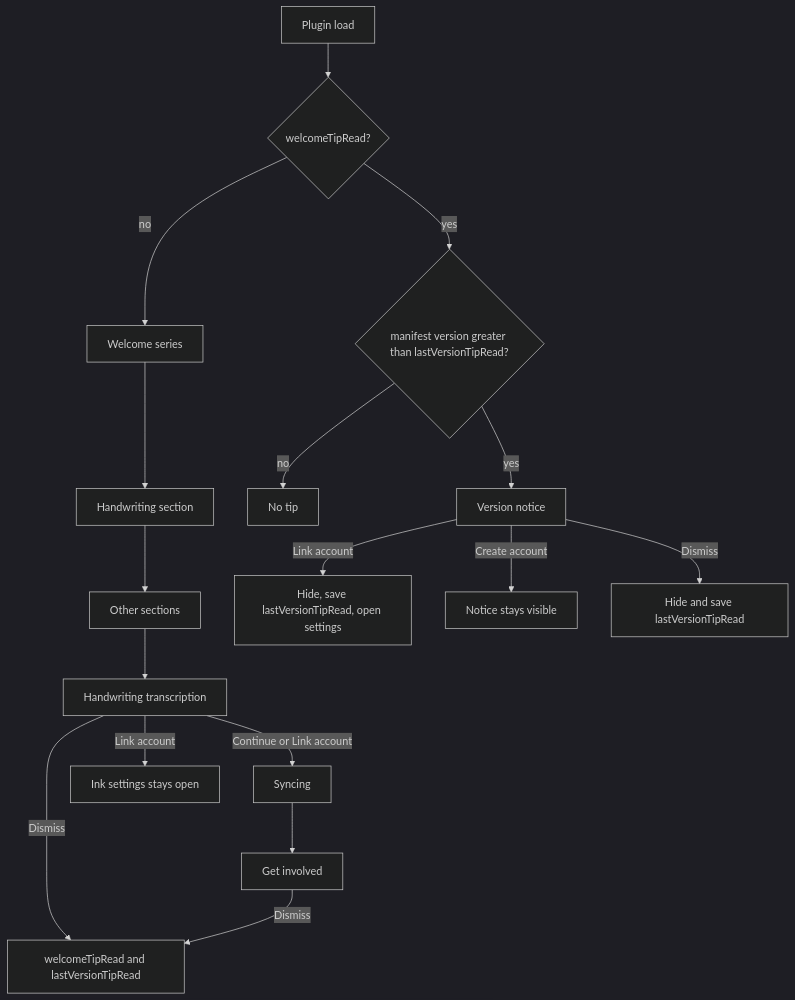
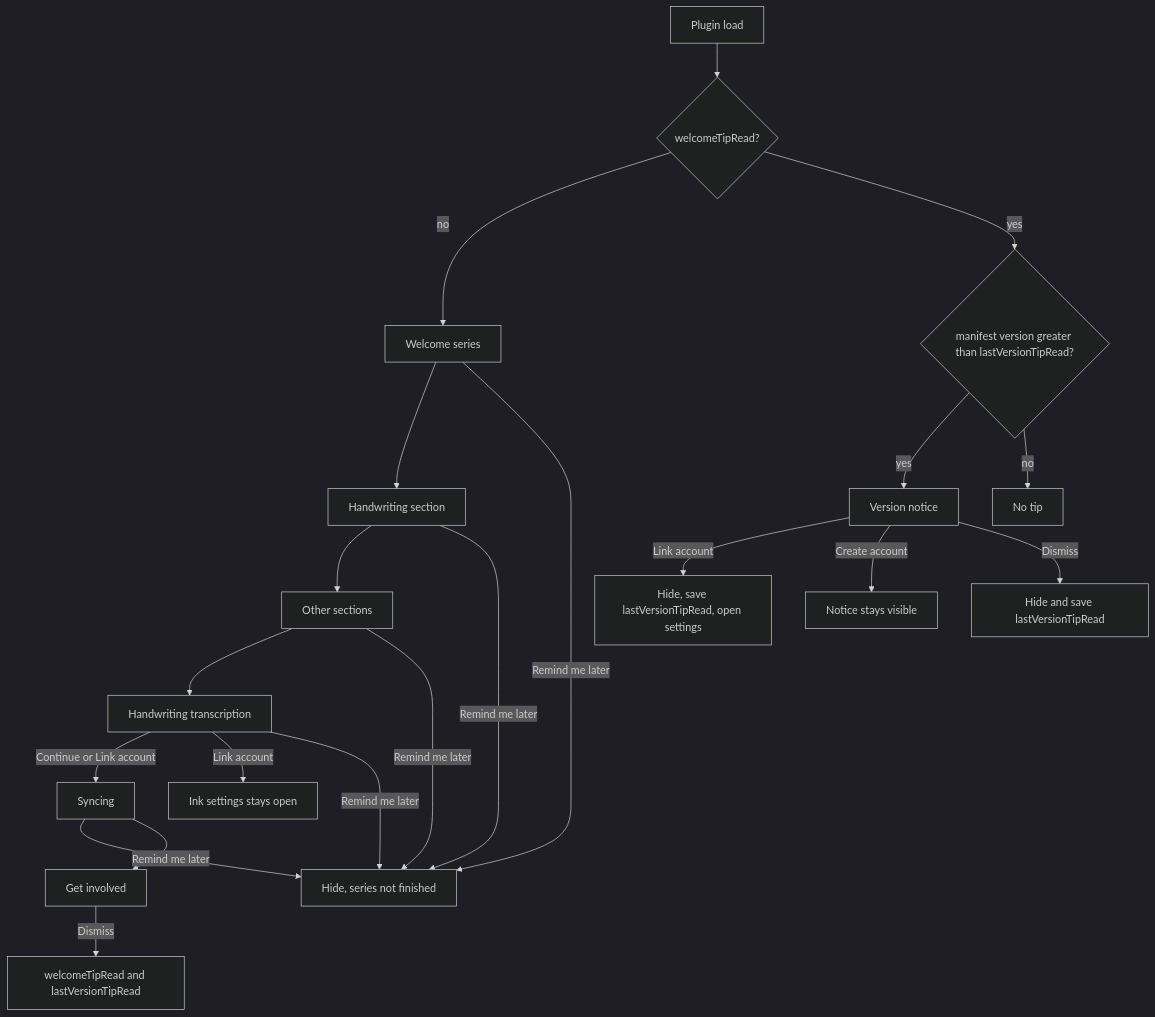
Before and after one commit to daledesilva/obsidian_ink: the diagram in docs/version-and-welcome-notices.md, drawn with Mermaid (dark theme). The commit also changed other lines of this file and 4 other files, not shown here.

````diff
--- a/docs/version-and-welcome-notices.md
+++ b/docs/version-and-welcome-notices.md
@@ -30,19 +34,23 @@
 ```mermaid
 flowchart TD
   Load[Plugin load] --> First{welcomeTipRead?}
   First -->|no| Welcome[Welcome series]
   First -->|yes| Semver{manifest version greater than lastVersionTipRead?}
   Semver -->|yes| Version[Version notice]
   Semver -->|no| Skip[No tip]
   Welcome --> Handwriting[Handwriting section]
   Handwriting --> Other[Other sections]
   Other --> Account[Handwriting transcription]
   Account -->|Continue or Link account| Sync[Syncing]
   Account -->|Link account| Settings[Ink settings stays open]
-  Account -->|Dismiss| Finish[welcomeTipRead and lastVersionTipRead]
+  Welcome -->|Remind me later| HideLater["Hide, series not finished"]
+  Handwriting -->|Remind me later| HideLater
+  Other -->|Remind me later| HideLater
+  Account -->|Remind me later| HideLater
+  Sync -->|Remind me later| HideLater
   Sync --> Involved[Get involved]
-  Involved -->|Dismiss| Finish
+  Involved -->|Dismiss| Finish[welcomeTipRead and lastVersionTipRead]
   Version -->|Link account| EndVersion[Hide, save lastVersionTipRead, open settings]
   Version -->|Create account| StayOpen[Notice stays visible]
   Version -->|Dismiss| EndVersionDismiss[Hide and save lastVersionTipRead]
 ```
````
